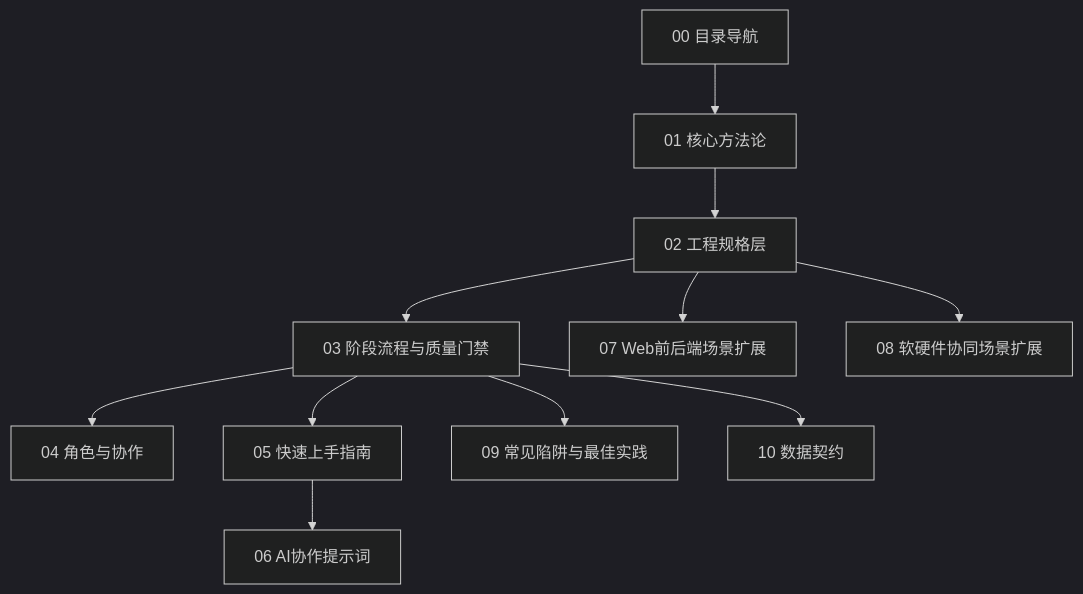
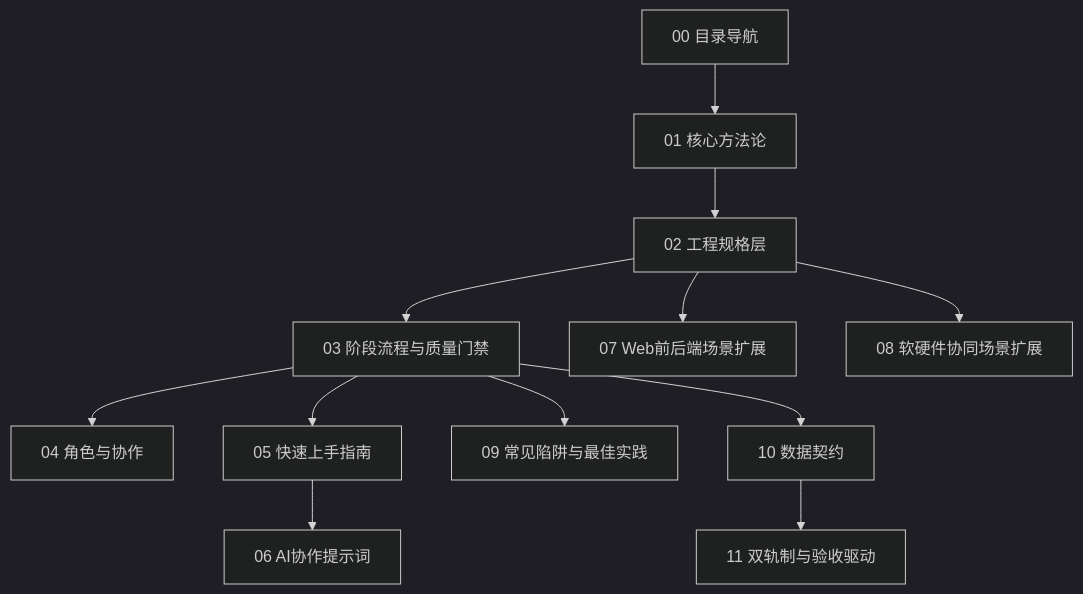
One commit to SvtStarfire-Hit/inspire-spec changed the diagram in docs/00-目录导航.md. Above: the diagram before and after it, drawn with Mermaid (dark theme). The commit also changed 10 other files, not shown here.

````diff
--- a/docs/00-目录导航.md
+++ b/docs/00-目录导航.md
@@ -9,13 +9,14 @@
 ```mermaid
 flowchart TB
     Nav[00 目录导航] --> Core[01 核心方法论]
     Core --> Spec[02 工程规格层]
     Spec --> Stage[03 阶段流程与质量门禁]
     Stage --> Role[04 角色与协作]
     Stage --> Start[05 快速上手指南]
     Start --> Prompt[06 AI协作提示词]
     Spec --> Web[07 Web前后端场景扩展]
     Spec --> Hardware[08 软硬件协同场景扩展]
     Stage --> Pitfall[09 常见陷阱与最佳实践]
     Stage --> Contract[10 数据契约]
+    Contract --> DualTrack[11 双轨制与验收驱动]
 ```
````
